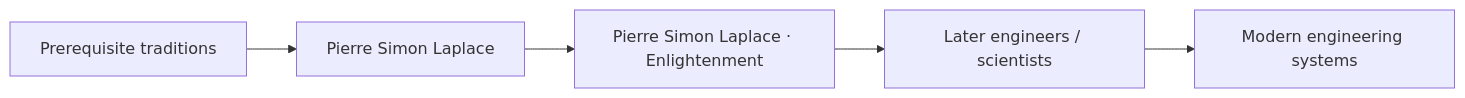
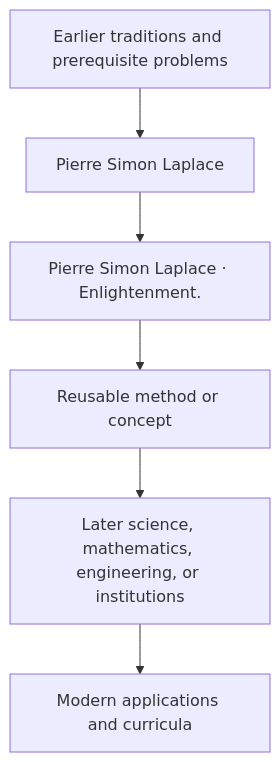
The diagram in docs/history/pierre-simon-laplace/influence.md (via-decide/ViaLogic), drawn with Mermaid before and after one commit. The commit also changed other lines of this file and 858 other files, not shown here.

````diff
--- a/docs/history/pierre-simon-laplace/influence.md
+++ b/docs/history/pierre-simon-laplace/influence.md
@@ -29,7 +16,8 @@
 ```mermaid
-graph LR
-  prerequisites["Prerequisite traditions"] --> current["Pierre Simon Laplace"]
-  current --> contribution["Pierre Simon Laplace · Enlightenment"]
-  contribution --> successors["Later engineers / scientists"]
-  successors --> modern["Modern engineering systems"]
+graph TD
+  Prior[Earlier traditions and prerequisite problems] --> Person[Pierre Simon Laplace]
+  Person --> Contribution[Pierre Simon Laplace · Enlightenment.]
+  Contribution --> Method[Reusable method or concept]
+  Method --> Later[Later science, mathematics, engineering, or institutions]
+  Later --> Modern[Modern applications and curricula]
 ```
````
